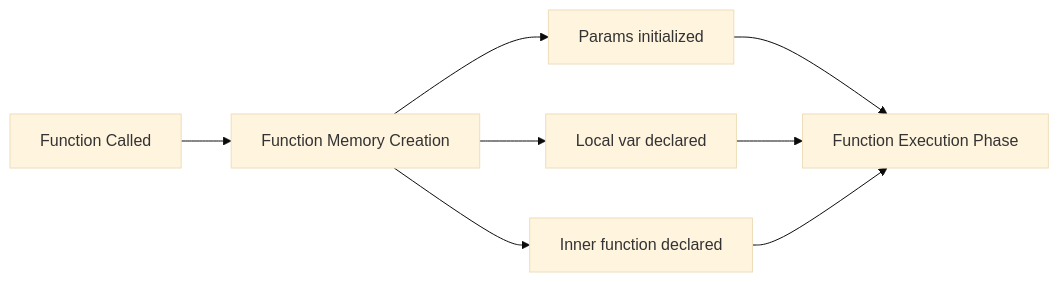
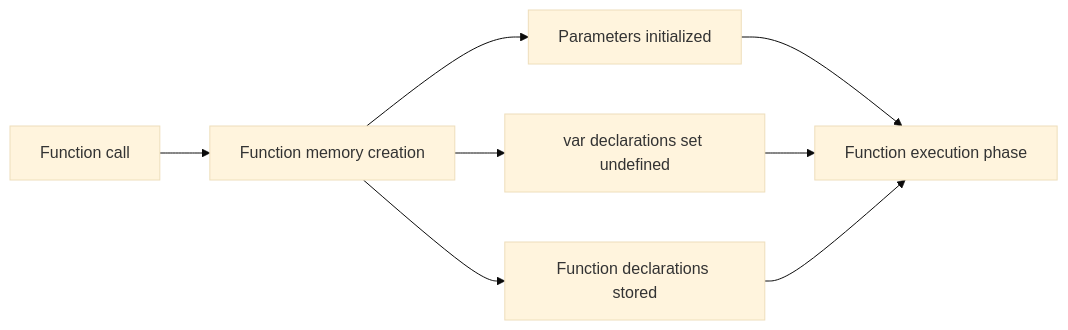
The sixth of 14 diagrams in JavaScript-Beginners-Guide.md (AbhishekDhone7/javascript-git-basics), drawn with Mermaid (base theme) before and after one commit. The commit also changed other lines of this file and 1 other file, not shown here.

````diff
--- a/JavaScript-Beginners-Guide.md
+++ b/JavaScript-Beginners-Guide.md
@@ -451,10 +459,10 @@
 ```mermaid
 flowchart LR
-A[Function Called] --> B[Function Memory Creation]
-B --> C[Params initialized]
-B --> D[Local var declared]
-B --> E[Inner function declared]
-C --> F[Function Execution Phase]
+A[Function call] --> B[Function memory creation]
+B --> C[Parameters initialized]
+B --> D[var declarations set undefined]
+B --> E[Function declarations stored]
+C --> F[Function execution phase]
 D --> F
 E --> F
 ```
````
